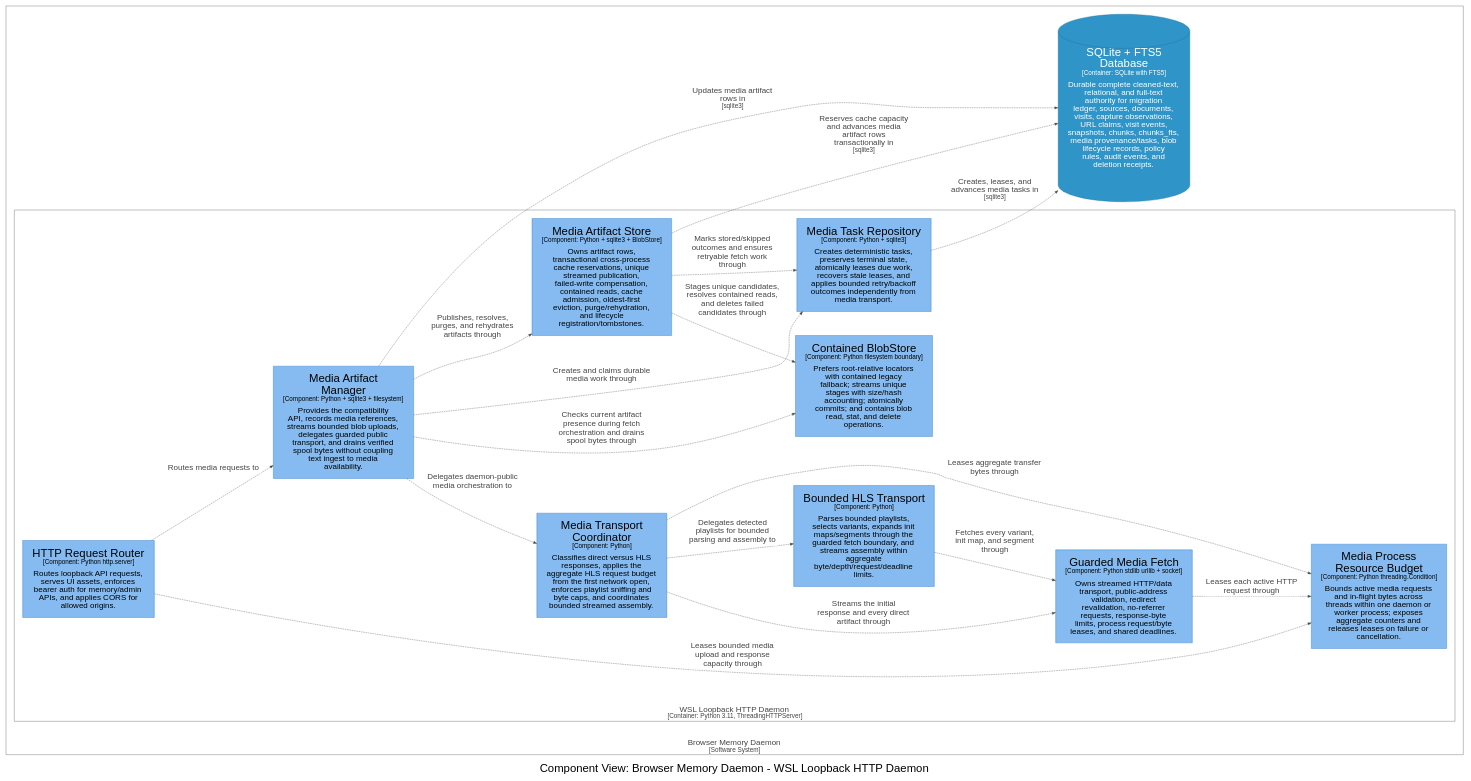
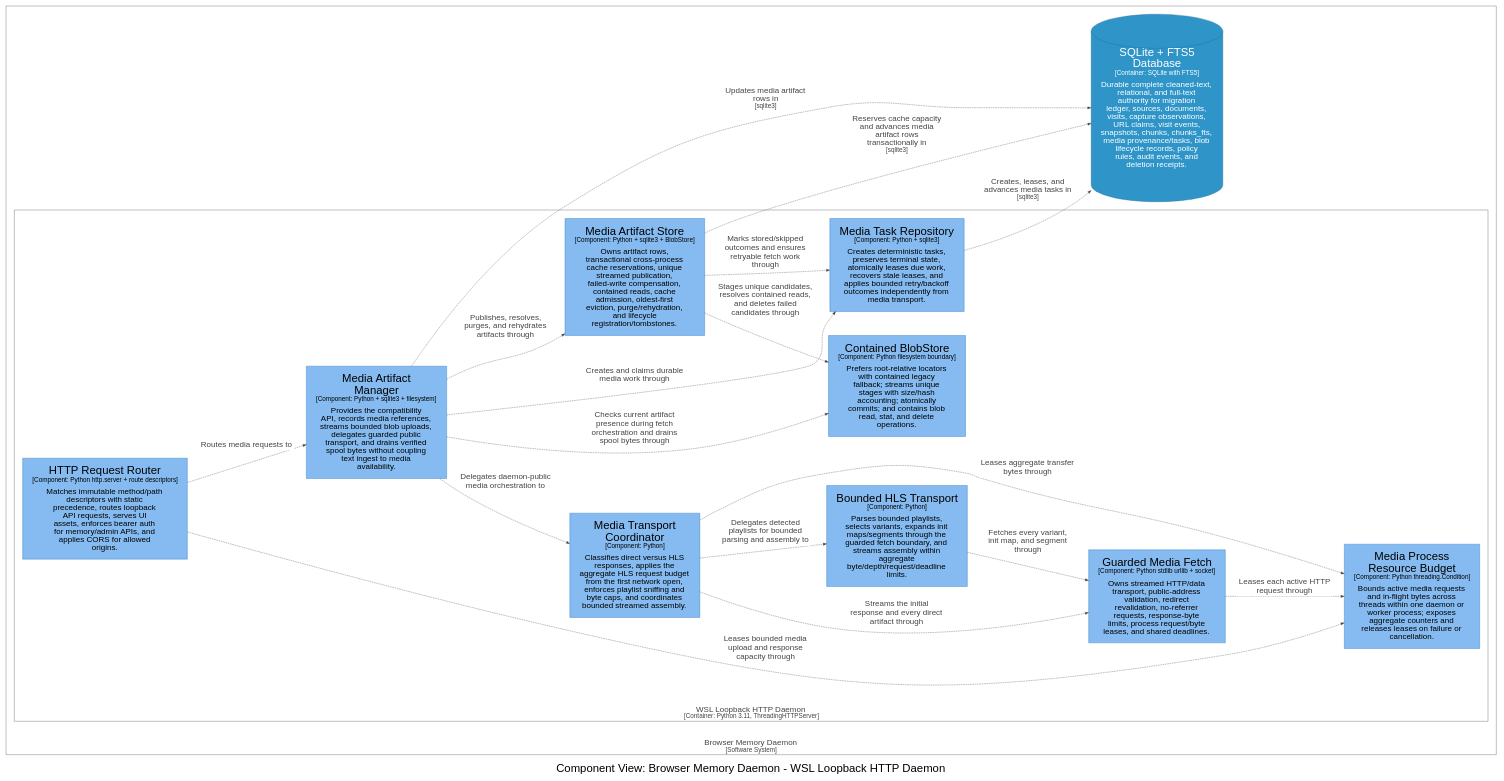
One commit to michaelnicks0/browser-memory-daemon changed the diagram in docs/architecture/diagrams/dot/structurizr-DaemonMediaResourceComponents.dot. Above: the diagram before and after it, drawn with Graphviz. The commit also changed 93 other files, not shown here.

Commit message:
refactor(http): add compatible route descriptors

```diff
--- a/docs/architecture/diagrams/dot/structurizr-DaemonMediaResourceComponents.dot
+++ b/docs/architecture/diagrams/dot/structurizr-DaemonMediaResourceComponents.dot
@@ -1,55 +1,55 @@
 digraph {
   compound=true
   graph [fontname="Arial", rankdir=LR, ranksep=1.0, nodesep=1.0]
   node [fontname="Arial", shape=box, margin="0.4,0.3"]
   edge [fontname="Arial"]
   label=<<br /><font point-size="34">Component View: Browser Memory Daemon - WSL Loopback HTTP Daemon</font>>
 
   subgraph cluster_4 {
     margin=25
     label=<<font point-size="24"><br />Browser Memory Daemon</font><br /><font point-size="19">[Software System]</font>>
     labelloc=b
     color="#444444"
     fontcolor="#444444"
     fillcolor="#444444"
 
     subgraph cluster_22 {
       margin=25
       label=<<font point-size="24"><br />WSL Loopback HTTP Daemon</font><br /><font point-size="19">[Container: Python 3.11, ThreadingHTTPServer]</font>>
       labelloc=b
       color="#444444"
       fontcolor="#444444"
       fillcolor="#444444"
 
-      23 [id=23,shape=rect, label=<<font point-size="34">HTTP Request Router</font><br /><font point-size="19">[Component: Python http.server]</font><br /><br /><font point-size="24">Routes loopback API requests,<br />serves UI assets, enforces<br />bearer auth for memory/admin<br />APIs, and applies CORS for<br />allowed origins.</font>>, style=filled, color="#1168bd", fillcolor="#85bbf0", fontcolor="#000000"]
+      23 [id=23,shape=rect, label=<<font point-size="34">HTTP Request Router</font><br /><font point-size="19">[Component: Python http.server + route descriptors]</font><br /><br /><font point-size="24">Matches immutable method/path<br />descriptors with static<br />precedence, routes loopback<br />API requests, serves UI<br />assets, enforces bearer auth<br />for memory/admin APIs, and<br />applies CORS for allowed<br />origins.</font>>, style=filled, color="#1168bd", fillcolor="#85bbf0", fontcolor="#000000"]
       29 [id=29,shape=rect, label=<<font point-size="34">Media Artifact<br />Manager</font><br /><font point-size="19">[Component: Python + sqlite3 + filesystem]</font><br /><br /><font point-size="24">Provides the compatibility<br />API, records media references,<br />streams bounded blob uploads,<br />delegates guarded public<br />transport, and drains verified<br />spool bytes without coupling<br />text ingest to media<br />availability.</font>>, style=filled, color="#1168bd", fillcolor="#85bbf0", fontcolor="#000000"]
       31 [id=31,shape=rect, label=<<font point-size="34">Media Task Repository</font><br /><font point-size="19">[Component: Python + sqlite3]</font><br /><br /><font point-size="24">Creates deterministic tasks,<br />preserves terminal state,<br />atomically leases due work,<br />recovers stale leases, and<br />applies bounded retry/backoff<br />outcomes independently from<br />media transport.</font>>, style=filled, color="#1168bd", fillcolor="#85bbf0", fontcolor="#000000"]
       32 [id=32,shape=rect, label=<<font point-size="34">Media Artifact Store</font><br /><font point-size="19">[Component: Python + sqlite3 + BlobStore]</font><br /><br /><font point-size="24">Owns artifact rows,<br />transactional cross-process<br />cache reservations, unique<br />streamed publication,<br />failed-write compensation,<br />contained reads, cache<br />admission, oldest-first<br />eviction, purge/rehydration,<br />and lifecycle<br />registration/tombstones.</font>>, style=filled, color="#1168bd", fillcolor="#85bbf0", fontcolor="#000000"]
       33 [id=33,shape=rect, label=<<font point-size="34">Media Transport<br />Coordinator</font><br /><font point-size="19">[Component: Python]</font><br /><br /><font point-size="24">Classifies direct versus HLS<br />responses, applies the<br />aggregate HLS request budget<br />from the first network open,<br />enforces playlist sniffing and<br />byte caps, and coordinates<br />bounded streamed assembly.</font>>, style=filled, color="#1168bd", fillcolor="#85bbf0", fontcolor="#000000"]
       34 [id=34,shape=rect, label=<<font point-size="34">Guarded Media Fetch</font><br /><font point-size="19">[Component: Python stdlib urllib + socket]</font><br /><br /><font point-size="24">Owns streamed HTTP/data<br />transport, public-address<br />validation, redirect<br />revalidation, no-referrer<br />requests, response-byte<br />limits, process request/byte<br />leases, and shared deadlines.</font>>, style=filled, color="#1168bd", fillcolor="#85bbf0", fontcolor="#000000"]
       35 [id=35,shape=rect, label=<<font point-size="34">Bounded HLS Transport</font><br /><font point-size="19">[Component: Python]</font><br /><br /><font point-size="24">Parses bounded playlists,<br />selects variants, expands init<br />maps/segments through the<br />guarded fetch boundary, and<br />streams assembly within<br />aggregate<br />byte/depth/request/deadline<br />limits.</font>>, style=filled, color="#1168bd", fillcolor="#85bbf0", fontcolor="#000000"]
       37 [id=37,shape=rect, label=<<font point-size="34">Media Process<br />Resource Budget</font><br /><font point-size="19">[Component: Python threading.Condition]</font><br /><br /><font point-size="24">Bounds active media requests<br />and in-flight bytes across<br />threads within one daemon or<br />worker process; exposes<br />aggregate counters and<br />releases leases on failure or<br />cancellation.</font>>, style=filled, color="#1168bd", fillcolor="#85bbf0", fontcolor="#000000"]
       38 [id=38,shape=rect, label=<<font point-size="34">Contained BlobStore</font><br /><font point-size="19">[Component: Python filesystem boundary]</font><br /><br /><font point-size="24">Prefers root-relative locators<br />with contained legacy<br />fallback; streams unique<br />stages with size/hash<br />accounting; atomically<br />commits; and contains blob<br />read, stat, and delete<br />operations.</font>>, style=filled, color="#1168bd", fillcolor="#85bbf0", fontcolor="#000000"]
     }
 
     47 [id=47,shape=cylinder, label=<<font point-size="34">SQLite + FTS5<br />Database</font><br /><font point-size="19">[Container: SQLite with FTS5]</font><br /><br /><font point-size="24">Durable complete cleaned-text,<br />relational, and full-text<br />authority for migration<br />ledger, sources, documents,<br />visits, capture observations,<br />URL claims, visit events,<br />snapshots, chunks, chunks_fts,<br />media provenance/tasks, blob<br />lifecycle records, policy<br />rules, audit events, and<br />deletion receipts.</font>>, style=filled, color="#20688c", fillcolor="#2f95c8", fontcolor="#ffffff"]
   }
 
   23 -> 29 [id=118, label=<<TABLE BORDER="0" CELLBORDER="0" CELLSPACING="0" CELLPADDING="4" BGCOLOR="white"><TR><TD><font point-size="24">Routes media requests to</font></TD></TR></TABLE>>, style="dashed", color="#444444", fontcolor="#444444"]
   23 -> 37 [id=119, label=<<TABLE BORDER="0" CELLBORDER="0" CELLSPACING="0" CELLPADDING="4" BGCOLOR="white"><TR><TD><font point-size="24">Leases bounded media<br />upload and response<br />capacity through</font></TD></TR></TABLE>>, style="dashed", color="#444444", fontcolor="#444444"]
   29 -> 31 [id=128, label=<<TABLE BORDER="0" CELLBORDER="0" CELLSPACING="0" CELLPADDING="4" BGCOLOR="white"><TR><TD><font point-size="24">Creates and claims durable<br />media work through</font></TD></TR></TABLE>>, style="dashed", color="#444444", fontcolor="#444444"]
   29 -> 32 [id=129, label=<<TABLE BORDER="0" CELLBORDER="0" CELLSPACING="0" CELLPADDING="4" BGCOLOR="white"><TR><TD><font point-size="24">Publishes, resolves,<br />purges, and rehydrates<br />artifacts through</font></TD></TR></TABLE>>, style="dashed", color="#444444", fontcolor="#444444"]
   29 -> 33 [id=130, label=<<TABLE BORDER="0" CELLBORDER="0" CELLSPACING="0" CELLPADDING="4" BGCOLOR="white"><TR><TD><font point-size="24">Delegates daemon-public<br />media orchestration to</font></TD></TR></TABLE>>, style="dashed", color="#444444", fontcolor="#444444"]
   29 -> 47 [id=131, label=<<TABLE BORDER="0" CELLBORDER="0" CELLSPACING="0" CELLPADDING="4" BGCOLOR="white"><TR><TD><font point-size="24">Updates media artifact<br />rows in</font><br /><font point-size="19">[sqlite3]</font></TD></TR></TABLE>>, style="dashed", color="#444444", fontcolor="#444444"]
   31 -> 47 [id=133, label=<<TABLE BORDER="0" CELLBORDER="0" CELLSPACING="0" CELLPADDING="4" BGCOLOR="white"><TR><TD><font point-size="24">Creates, leases, and<br />advances media tasks in</font><br /><font point-size="19">[sqlite3]</font></TD></TR></TABLE>>, style="dashed", color="#444444", fontcolor="#444444"]
   32 -> 31 [id=135, label=<<TABLE BORDER="0" CELLBORDER="0" CELLSPACING="0" CELLPADDING="4" BGCOLOR="white"><TR><TD><font point-size="24">Marks stored/skipped<br />outcomes and ensures<br />retryable fetch work<br />through</font></TD></TR></TABLE>>, style="dashed", color="#444444", fontcolor="#444444"]
   32 -> 47 [id=136, label=<<TABLE BORDER="0" CELLBORDER="0" CELLSPACING="0" CELLPADDING="4" BGCOLOR="white"><TR><TD><font point-size="24">Reserves cache capacity<br />and advances media<br />artifact rows<br />transactionally in</font><br /><font point-size="19">[sqlite3]</font></TD></TR></TABLE>>, style="dashed", color="#444444", fontcolor="#444444"]
   32 -> 38 [id=137, label=<<TABLE BORDER="0" CELLBORDER="0" CELLSPACING="0" CELLPADDING="4" BGCOLOR="white"><TR><TD><font point-size="24">Stages unique candidates,<br />resolves contained reads,<br />and deletes failed<br />candidates through</font></TD></TR></TABLE>>, style="dashed", color="#444444", fontcolor="#444444"]
   33 -> 34 [id=139, label=<<TABLE BORDER="0" CELLBORDER="0" CELLSPACING="0" CELLPADDING="4" BGCOLOR="white"><TR><TD><font point-size="24">Streams the initial<br />response and every direct<br />artifact through</font></TD></TR></TABLE>>, style="dashed", color="#444444", fontcolor="#444444"]
   33 -> 35 [id=140, label=<<TABLE BORDER="0" CELLBORDER="0" CELLSPACING="0" CELLPADDING="4" BGCOLOR="white"><TR><TD><font point-size="24">Delegates detected<br />playlists for bounded<br />parsing and assembly to</font></TD></TR></TABLE>>, style="dashed", color="#444444", fontcolor="#444444"]
   33 -> 37 [id=141, label=<<TABLE BORDER="0" CELLBORDER="0" CELLSPACING="0" CELLPADDING="4" BGCOLOR="white"><TR><TD><font point-size="24">Leases aggregate transfer<br />bytes through</font></TD></TR></TABLE>>, style="dashed", color="#444444", fontcolor="#444444"]
   34 -> 37 [id=142, label=<<TABLE BORDER="0" CELLBORDER="0" CELLSPACING="0" CELLPADDING="4" BGCOLOR="white"><TR><TD><font point-size="24">Leases each active HTTP<br />request through</font></TD></TR></TABLE>>, style="dashed", color="#444444", fontcolor="#444444"]
   35 -> 34 [id=145, label=<<TABLE BORDER="0" CELLBORDER="0" CELLSPACING="0" CELLPADDING="4" BGCOLOR="white"><TR><TD><font point-size="24">Fetches every variant,<br />init map, and segment<br />through</font></TD></TR></TABLE>>, style="dashed", color="#444444", fontcolor="#444444"]
   29 -> 38 [id=148, label=<<TABLE BORDER="0" CELLBORDER="0" CELLSPACING="0" CELLPADDING="4" BGCOLOR="white"><TR><TD><font point-size="24">Checks current artifact<br />presence during fetch<br />orchestration and drains<br />spool bytes through</font></TD></TR></TABLE>>, style="dashed", color="#444444", fontcolor="#444444"]
 
 }
```
